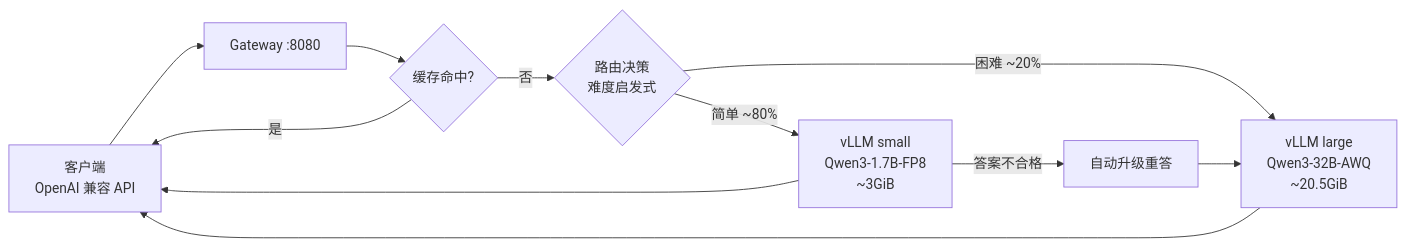
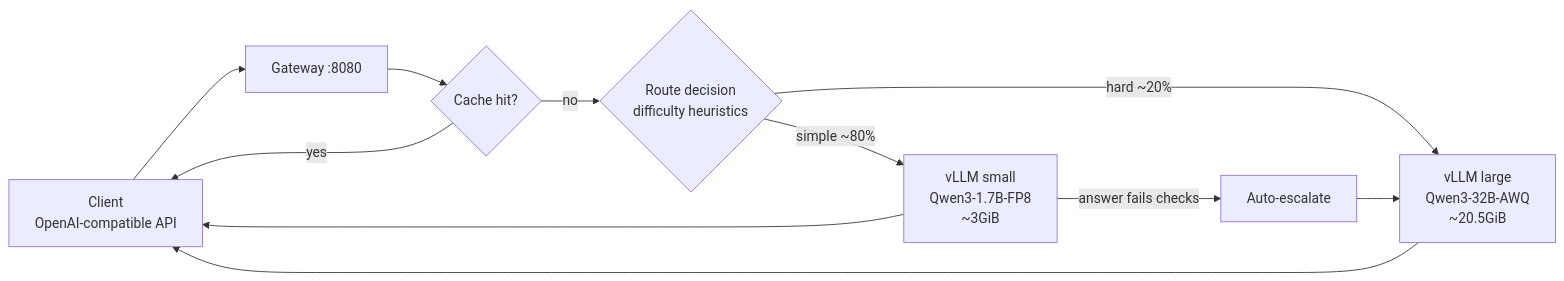
One commit to murphyren225/local_infer changed the diagram in README.md. Above: the diagram before and after it, drawn with Mermaid. The commit also changed other lines of this file and 1 other file, not shown here.

````diff
--- a/README.md
+++ b/README.md
@@ -11,12 +13,12 @@
 ```mermaid
 flowchart LR
-    C[客户端<br/>OpenAI 兼容 API] --> G[Gateway :8080]
-    G --> K{缓存命中?}
-    K -- 是 --> C
-    K -- 否 --> R{路由决策<br/>难度启发式}
-    R -- 简单 ~80% --> S[vLLM small<br/>Qwen3-1.7B-FP8<br/>~3GiB]
-    R -- 困难 ~20% --> L[vLLM large<br/>Qwen3-32B-AWQ<br/>~20.5GiB]
-    S -- 答案不合格 --> E[自动升级重答] --> L
+    C[Client<br/>OpenAI-compatible API] --> G[Gateway :8080]
+    G --> K{Cache hit?}
+    K -- yes --> C
+    K -- no --> R{Route decision<br/>difficulty heuristics}
+    R -- simple ~80% --> S[vLLM small<br/>Qwen3-1.7B-FP8<br/>~3GiB]
+    R -- hard ~20% --> L[vLLM large<br/>Qwen3-32B-AWQ<br/>~20.5GiB]
+    S -- answer fails checks --> E[Auto-escalate] --> L
     S --> C
     L --> C
 ```
````
